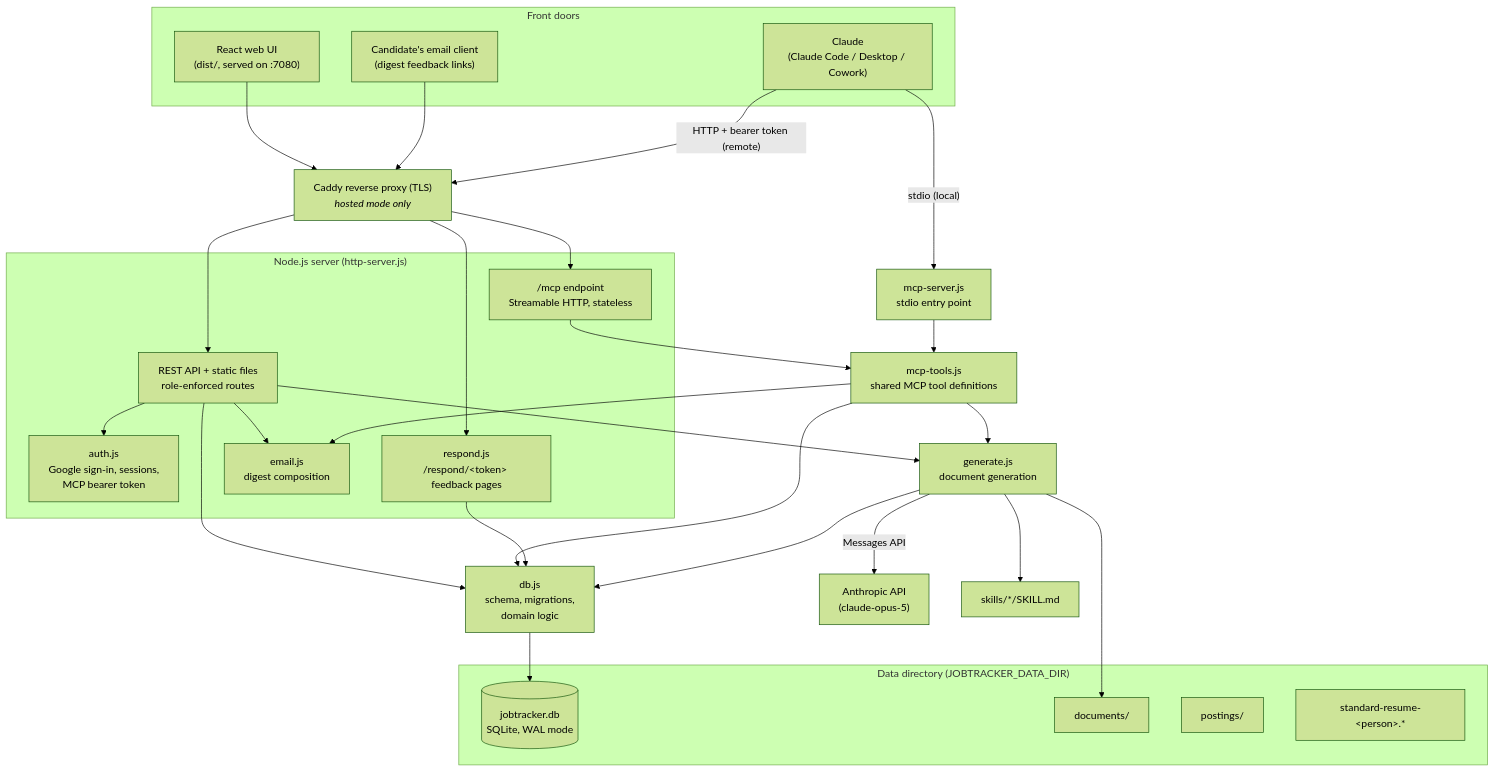
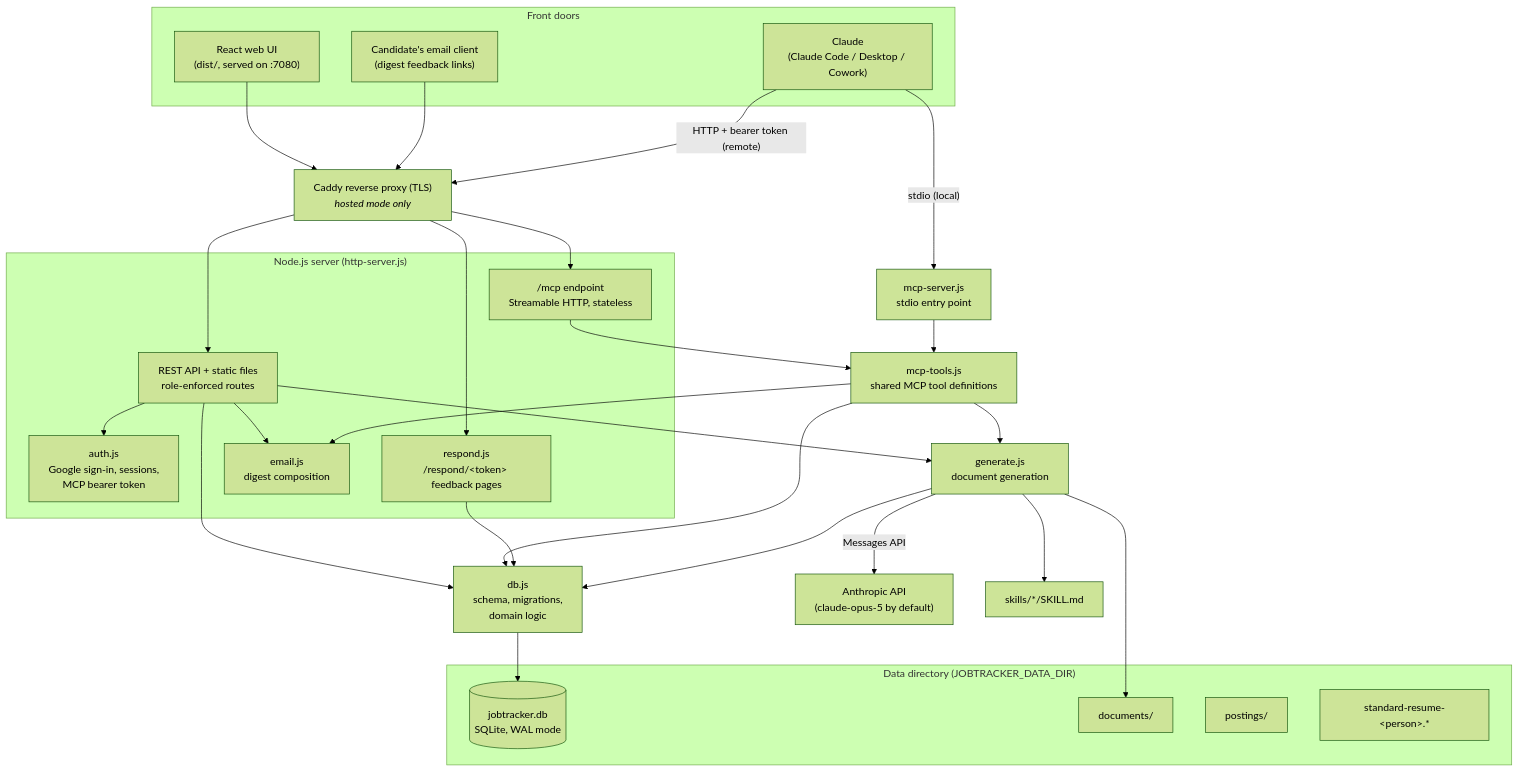
Before and after one commit to ianlee74/JobTracker: the first of 7 diagrams in Architecture.md, drawn with Mermaid (forest theme). The commit also changed other lines of this file and 4 other files, not shown here.

````diff
--- a/Architecture.md
+++ b/Architecture.md
@@ -13,53 +13,53 @@
 ```mermaid
 flowchart TB
     subgraph clients["Front doors"]
         UI["React web UI<br/>(dist/, served on :7080)"]
         Claude["Claude<br/>(Claude Code / Desktop / Cowork)"]
         CAND["Candidate's email client<br/>(digest feedback links)"]
     end
 
     CADDY["Caddy reverse proxy (TLS)<br/><i>hosted mode only</i>"]
 
     subgraph node["Node.js server (http-server.js)"]
         AUTH["auth.js<br/>Google sign-in, sessions,<br/>MCP bearer token"]
         API["REST API + static files<br/>role-enforced routes"]
         MCPH["/mcp endpoint<br/>Streamable HTTP, stateless"]
         RESP["respond.js<br/>/respond/&lt;token&gt; feedback pages"]
         EMAIL["email.js<br/>digest composition"]
     end
 
     STDIO["mcp-server.js<br/>stdio entry point"]
     TOOLS["mcp-tools.js<br/>shared MCP tool definitions"]
     GEN["generate.js<br/>document generation"]
     DB["db.js<br/>schema, migrations,<br/>domain logic"]
 
     subgraph storage["Data directory (JOBTRACKER_DATA_DIR)"]
         SQLITE[("jobtracker.db<br/>SQLite, WAL mode")]
         DOCS["documents/"]
         POSTINGS["postings/"]
         SNAP["standard-resume-&lt;person&gt;.*"]
     end
 
-    API_EXT["Anthropic API<br/>(claude-opus-5)"]
+    API_EXT["Anthropic API<br/>(claude-opus-5 by default)"]
     SKILLS["skills/*/SKILL.md"]
 
     UI --> CADDY --> API
     CAND --> CADDY --> RESP
     Claude -->|"stdio (local)"| STDIO
     Claude -->|"HTTP + bearer token (remote)"| CADDY --> MCPH
     STDIO --> TOOLS
     MCPH --> TOOLS
     API --> AUTH
     API --> DB
     API --> GEN
     API --> EMAIL
     TOOLS --> DB
     TOOLS --> GEN
     TOOLS --> EMAIL
     RESP --> DB
     GEN --> DB
     GEN -->|Messages API| API_EXT
     GEN --> SKILLS
     DB --> SQLITE
     GEN --> DOCS
 ```
````
